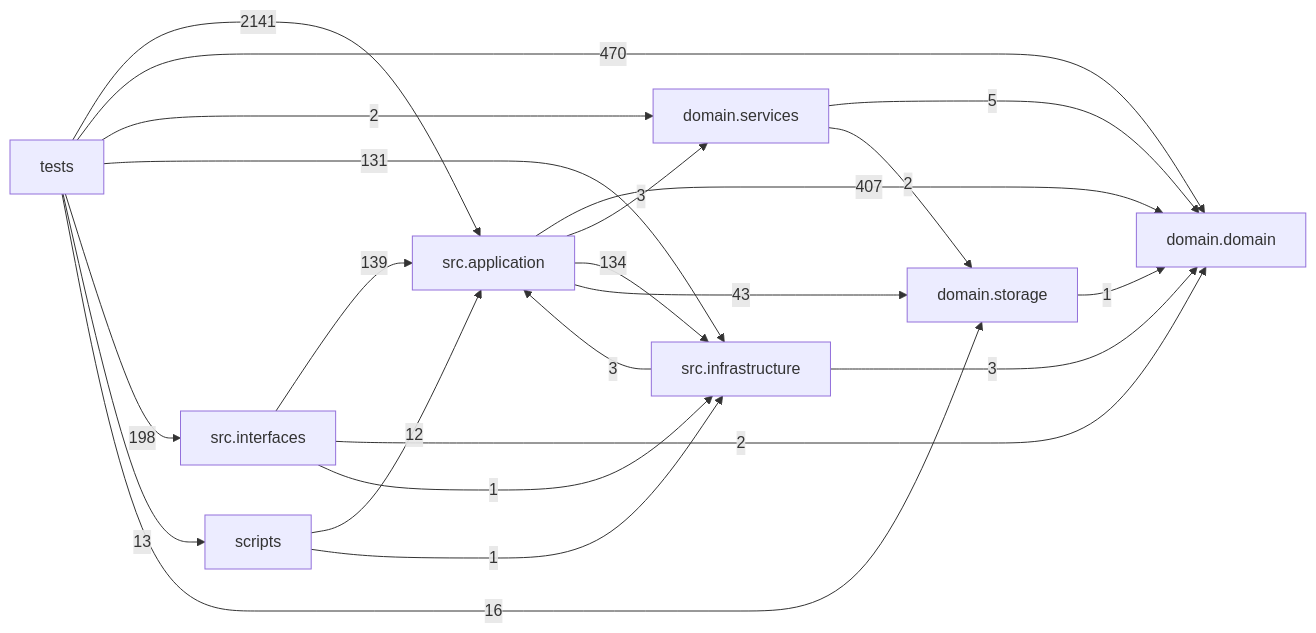
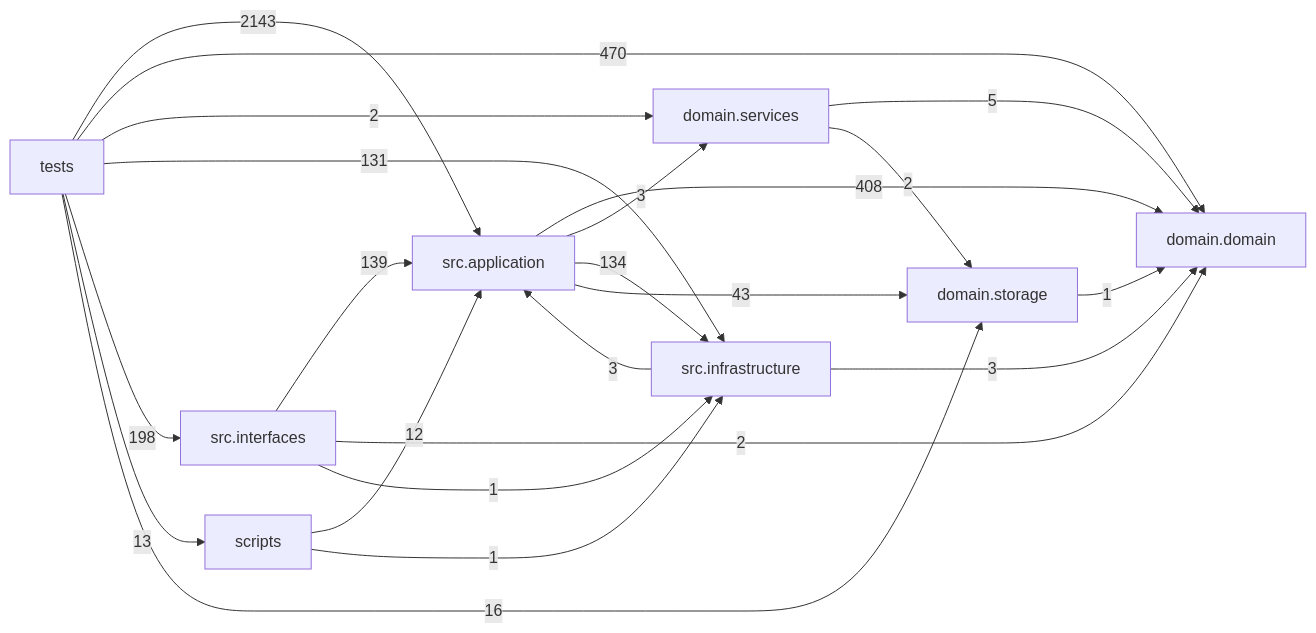
One commit to liuxie066/options-monitor changed the diagram in docs/DEPENDENCY_GRAPH.md. Above: the diagram before and after it, drawn with Mermaid. The commit also changed other lines of this file and 10 other files, not shown here.

````diff
--- a/docs/DEPENDENCY_GRAPH.md
+++ b/docs/DEPENDENCY_GRAPH.md
@@ -24,32 +24,32 @@
 ```mermaid
 flowchart LR
   tests["tests"]
   scripts["scripts"]
   interfaces["src.interfaces"]
   application["src.application"]
   infrastructure["src.infrastructure"]
   domain_services["domain.services"]
   domain["domain.domain"]
   storage["domain.storage"]
-  application -->|407| domain
+  application -->|408| domain
   application -->|3| domain_services
   application -->|134| infrastructure
   application -->|43| storage
   domain_services -->|5| domain
   domain_services -->|2| storage
   infrastructure -->|3| application
   infrastructure -->|3| domain
   interfaces -->|139| application
   interfaces -->|2| domain
   interfaces -->|1| infrastructure
   scripts -->|12| application
   scripts -->|1| infrastructure
   storage -->|1| domain
-  tests -->|2141| application
+  tests -->|2143| application
   tests -->|470| domain
   tests -->|2| domain_services
   tests -->|131| infrastructure
   tests -->|198| interfaces
   tests -->|13| scripts
   tests -->|16| storage
 ```
````
